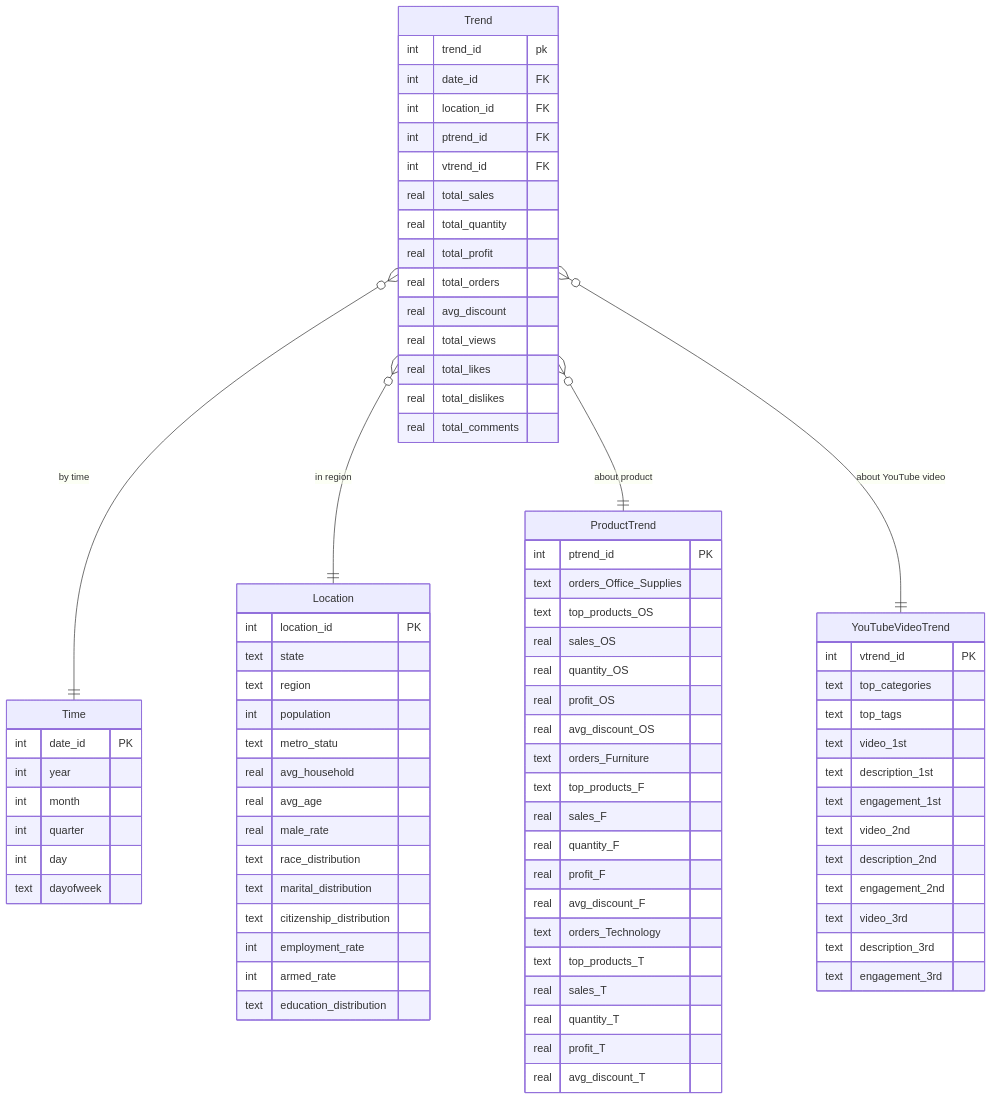
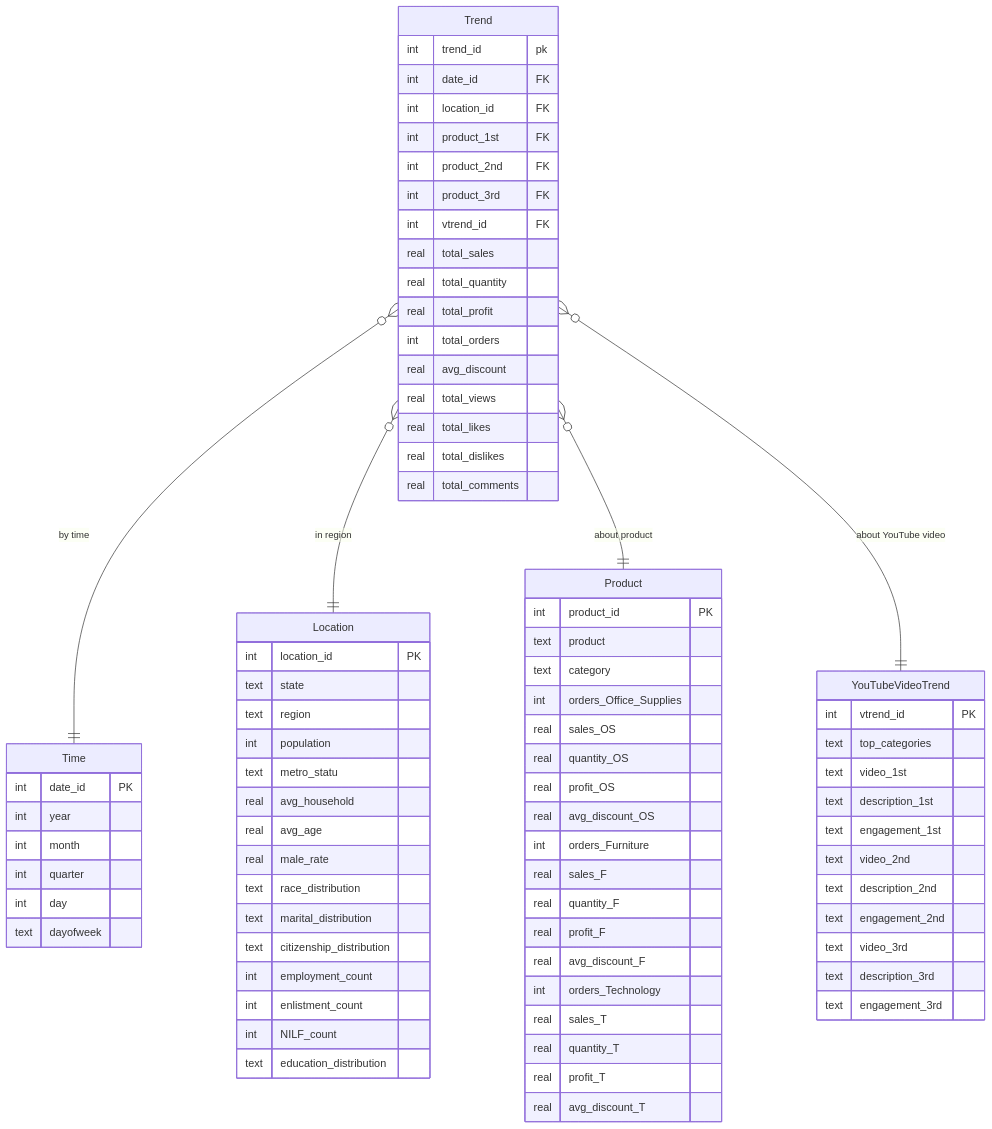
The diagram in ERD/trend.mmd (gxcuimax/BUSINFO702-2025Q3-Project-group-1), drawn with Mermaid before and after one commit. The commit also changed 6 other files, not shown here.

```diff
--- a/ERD/trend.mmd
+++ b/ERD/trend.mmd
@@ -1,86 +1,87 @@
 erDiagram
     Trend {
         int trend_id pk
         int date_id FK
         int location_id FK
-        int ptrend_id FK
+        int product_1st FK
+        int product_2nd FK
+        int product_3rd FK
         int vtrend_id FK
         real total_sales
         real total_quantity
         real total_profit
-        real total_orders
+        int total_orders
         real avg_discount
         real total_views
         real total_likes
         real total_dislikes
         real total_comments
     }
 
     Time {
         int date_id PK
         int year
         int month
         int quarter
         int day
         text dayofweek
     }
 
     Location {
         int location_id PK
         text state
         text region
         int population
         text metro_statu
         real avg_household
         real avg_age
         real male_rate
         text race_distribution
         text marital_distribution
         text citizenship_distribution
-        int employment_rate
-        int armed_rate
+        int employment_count
+        int enlistment_count
+        int NILF_count
         text education_distribution
     }
 
-    ProductTrend {
-        int ptrend_id PK
-        text orders_Office_Supplies
-        text top_products_OS
+    Product {
+        int product_id PK
+        text product
+        text category
+        int orders_Office_Supplies
         real sales_OS
         real quantity_OS
         real profit_OS
         real avg_discount_OS
-        text orders_Furniture
-        text top_products_F
+        int orders_Furniture
         real sales_F
         real quantity_F
         real profit_F
         real avg_discount_F
-        text orders_Technology
-        text top_products_T
+        int orders_Technology
         real sales_T
         real quantity_T
         real profit_T
         real avg_discount_T
     }
 
     YouTubeVideoTrend {
         int vtrend_id PK
         text top_categories
-        text top_tags
         text video_1st
         text description_1st
         text engagement_1st
         text video_2nd
         text description_2nd
         text engagement_2nd
         text video_3rd
         text description_3rd
         text engagement_3rd
     }
 
 
     Trend }o--|| Time : "by time"
     Trend }o--|| Location : "in region"
-    Trend }o--|| ProductTrend : "about product"
+    Trend }o--|| Product : "about product"
     Trend }o--|| YouTubeVideoTrend : "about YouTube video"
```
